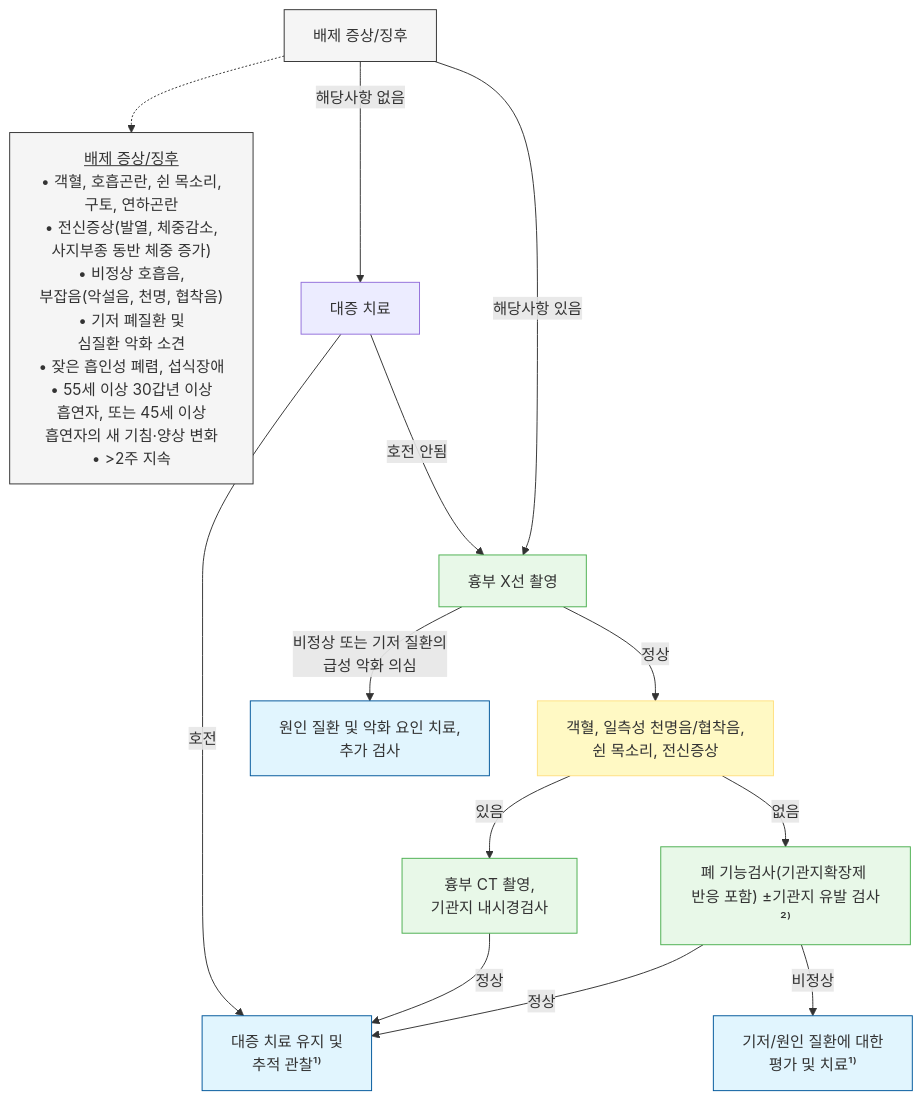
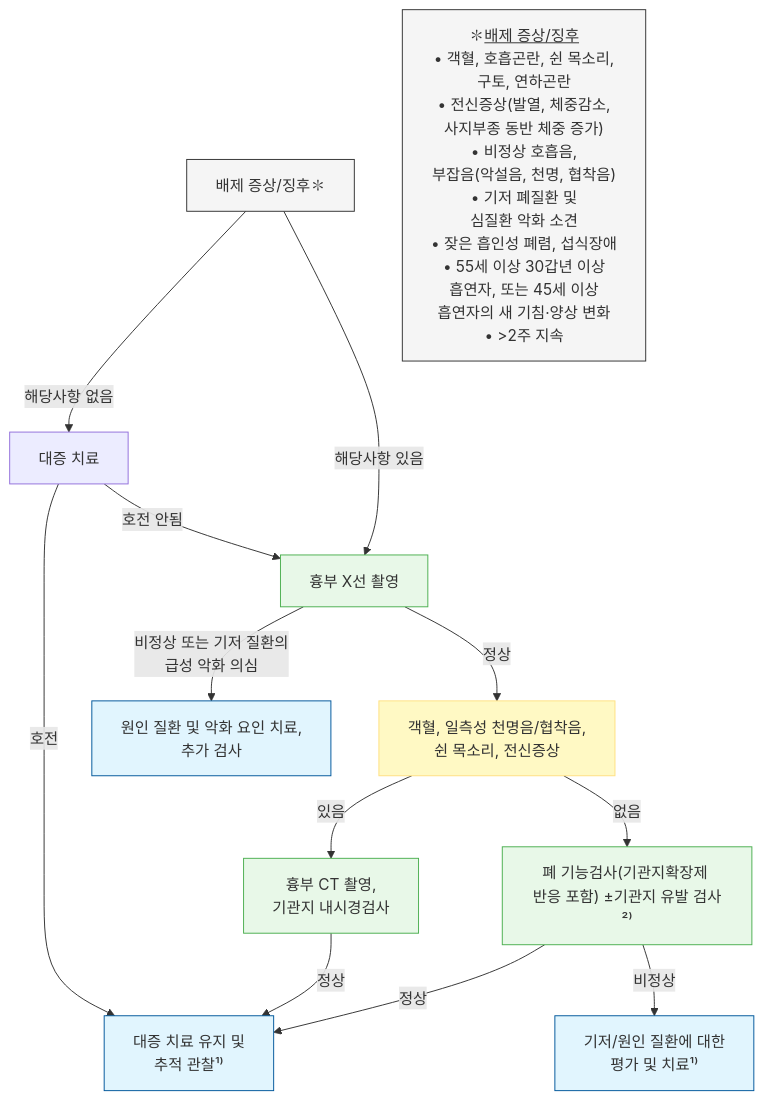
Before and after one commit to familyoh77/familyoh77: the first of 3 diagrams in 220_/006_-cough.md, drawn with Mermaid. The commit also changed other lines of this file, not shown here.

Commit message:
GITBOOK-1590: No subject

````diff
--- a/220_/006_-cough.md
+++ b/220_/006_-cough.md
@@ -200,31 +200,27 @@
 ```mermaid
 graph TD
     %% 텍스트 양옆에 &emsp;를 추가하여 가로 길이를 강제로 늘립니다.
-    Start["배제 증상/징후"]
-    Start -.-> FOOTNOTE
+    Start["배제 증상/징후✽"]
     Start -- "해당사항 없음" --> Symptomatic["대증 치료"]
-    FOOTNOTE["<u>배제 증상/징후</u><br/>• 객혈, 호흡곤란, 쉰 목소리, <br/>구토, 연하곤란<br/>• 전신증상(발열, 체중감소,<br/> 사지부종 동반 체중 증가)<br/>• 비정상 호흡음, <br/>부잡음(악설음, 천명, 협착음)<br/>• 기저 폐질환 및 <br/>심질환 악화 소견<br/>• 잦은 흡인성 폐렴, 섭식장애<br/>• 55세 이상 30갑년 이상 <br/>흡연자, 또는 45세 이상 <br/>흡연자의 새 기침·양상 변화<br/>• >2주 지속"]
+    FOOTNOTE["✽<u>배제 증상/징후</u><br/>• 객혈, 호흡곤란, 쉰 목소리, <br/>구토, 연하곤란<br/>• 전신증상(발열, 체중감소,<br/> 사지부종 동반 체중 증가)<br/>• 비정상 호흡음, <br/>부잡음(악설음, 천명, 협착음)<br/>• 기저 폐질환 및 <br/>심질환 악화 소견<br/>• 잦은 흡인성 폐렴, 섭식장애<br/>• 55세 이상 30갑년 이상 <br/>흡연자, 또는 45세 이상 <br/>흡연자의 새 기침·양상 변화<br/>• >2주 지속"]
     Symptomatic -- "호전" --> Maintain["대증 치료 유지 및 <br/>추적 관찰¹⁾"]
-    Symptomatic -- "호전 안됨" --> Xray
-    
+    Symptomatic -- "호전 안됨" --> Xray  
     Start -- "해당사항 있음" --> Xray["흉부 X선 촬영"]
     Xray -- "정상" --> RedFlags["객혈, 일측성 천명음/협착음,<br/>쉰 목소리, 전신증상"]
     Xray -- "비정상 또는 기저 질환의 <br/>급성 악화 의심" --> TreatCause["원인 질환 및 악화 요인 치료, <br/>추가 검사"]
     RedFlags -- "있음" --> CT["흉부 CT 촬영, <br/>기관지 내시경검사"]
     RedFlags -- "없음" --> PFT["폐 기능검사(기관지확장제 <br/>반응 포함) ±기관지 유발 검사²⁾"]
     CT -- "정상" --> Maintain
     PFT -- "정상" --> Maintain
     PFT -- "비정상" --> TreatBase["기저/원인 질환에 대한 <br/>평가 및 치료¹⁾"]
-
 style Start fill:#f5f5f5,stroke:#333
 style FOOTNOTE fill:#f5f5f5,stroke:#333
 classDef yellow fill:#fff9c4,stroke:#ffe082
 class RedFlags yellow
 classDef lightGreen fill:#e8f8e8,stroke:#4caf50
 class Xray,CT,PFT lightGreen
-
     style Maintain fill:#e1f5fe,stroke:#01579b
     style TreatCause fill:#e1f5fe,stroke:#01579b
     style TreatBase fill:#e1f5fe,stroke:#01579b
 
 ```
````
